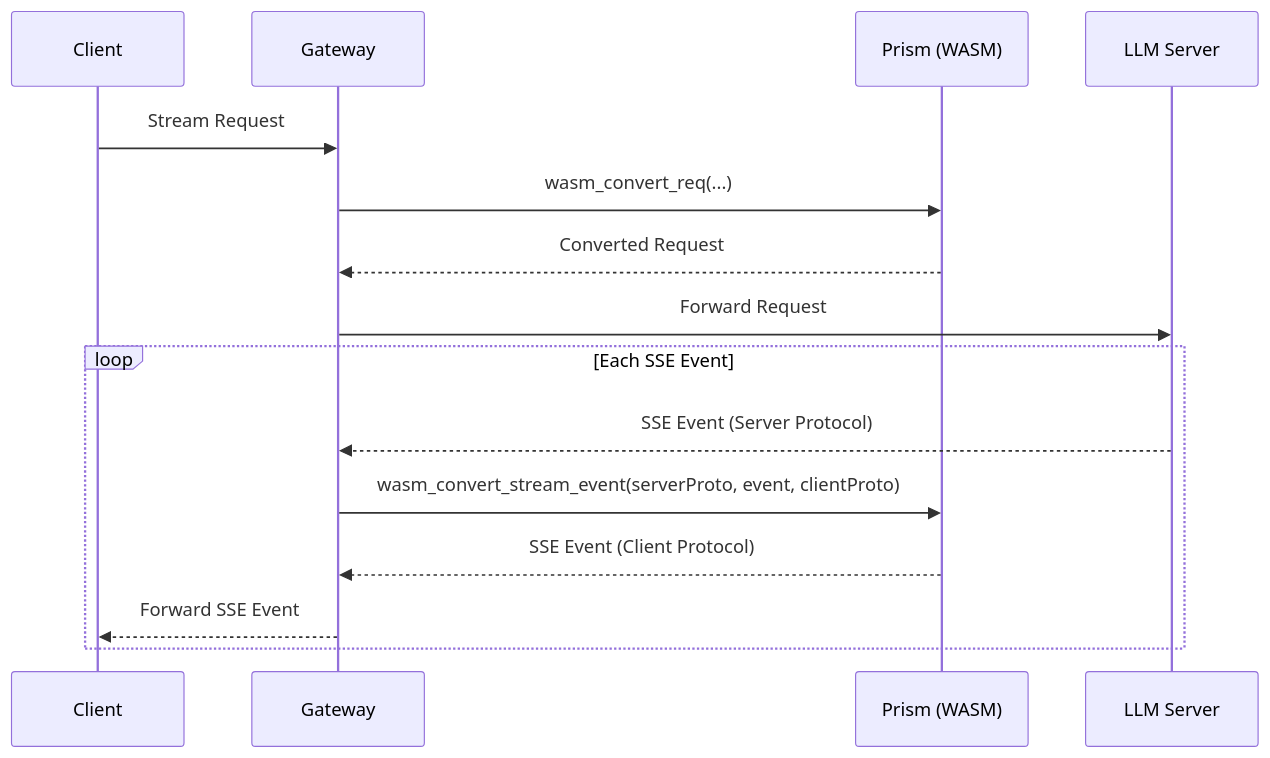
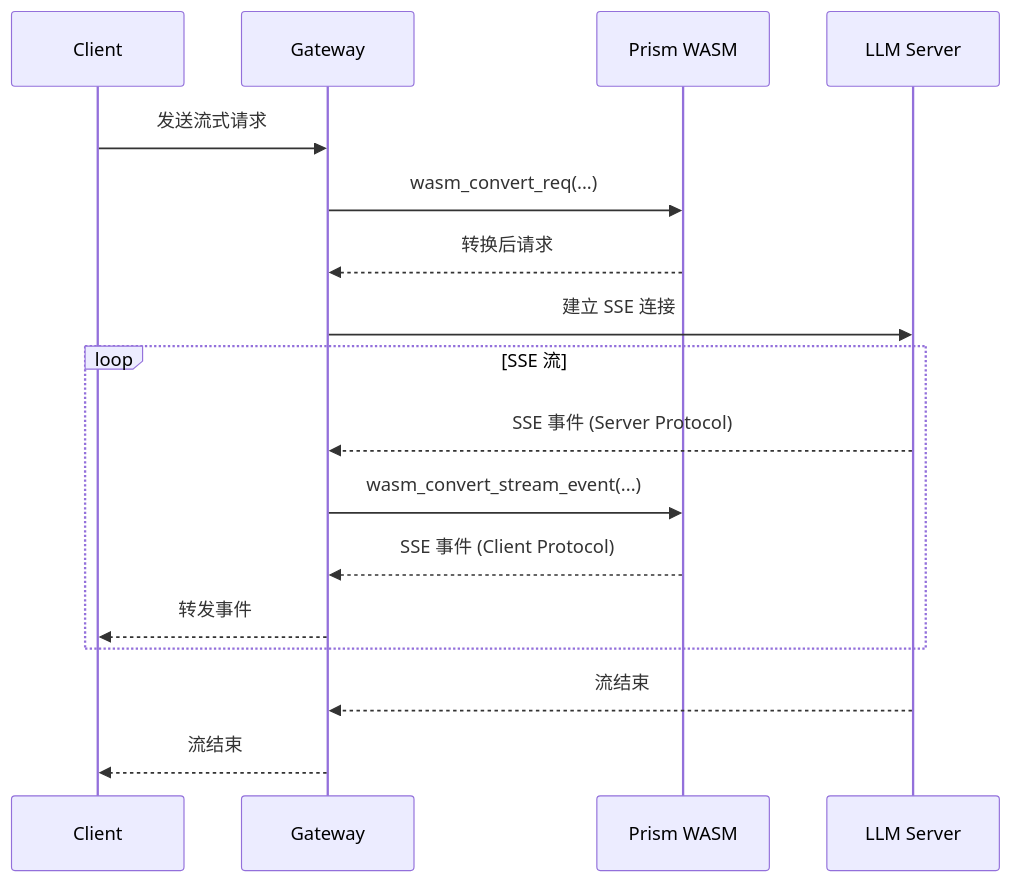
One commit to morning-start/prism changed the third of 4 diagrams in skills/prism-wasm/SKILL.md. Above: the diagram before and after it, drawn with Mermaid. The commit also changed other lines of this file and 5 other files, not shown here.

````diff
--- a/skills/prism-wasm/SKILL.md
+++ b/skills/prism-wasm/SKILL.md
@@ -43,19 +72,22 @@
 ```mermaid
 sequenceDiagram
     participant C as Client
     participant G as Gateway
-    participant P as Prism (WASM)
+    participant P as Prism WASM
     participant S as LLM Server
 
-    C->>G: Stream Request
+    C->>G: 发送流式请求
     G->>P: wasm_convert_req(...)
-    P-->>G: Converted Request
-    G->>S: Forward Request
+    P-->>G: 转换后请求
+    G->>S: 建立 SSE 连接
 
-    loop Each SSE Event
-        S-->>G: SSE Event (Server Protocol)
-        G->>P: wasm_convert_stream_event(serverProto, event, clientProto)
-        P-->>G: SSE Event (Client Protocol)
-        G-->>C: Forward SSE Event
+    loop SSE 流
+        S-->>G: SSE 事件 (Server Protocol)
+        G->>P: wasm_convert_stream_event(...)
+        P-->>G: SSE 事件 (Client Protocol)
+        G-->>C: 转发事件
     end
+
+    S-->>G: 流结束
+    G-->>C: 流结束
 ```
````
